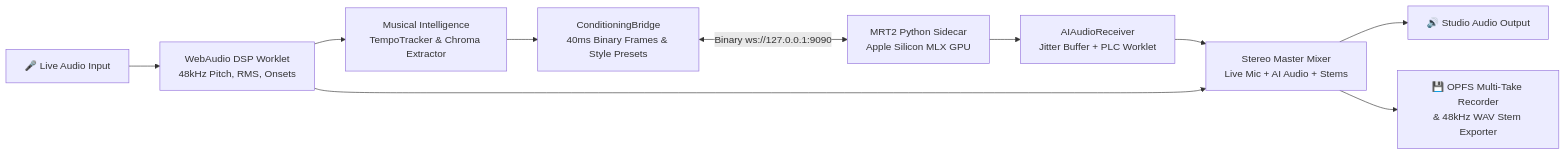
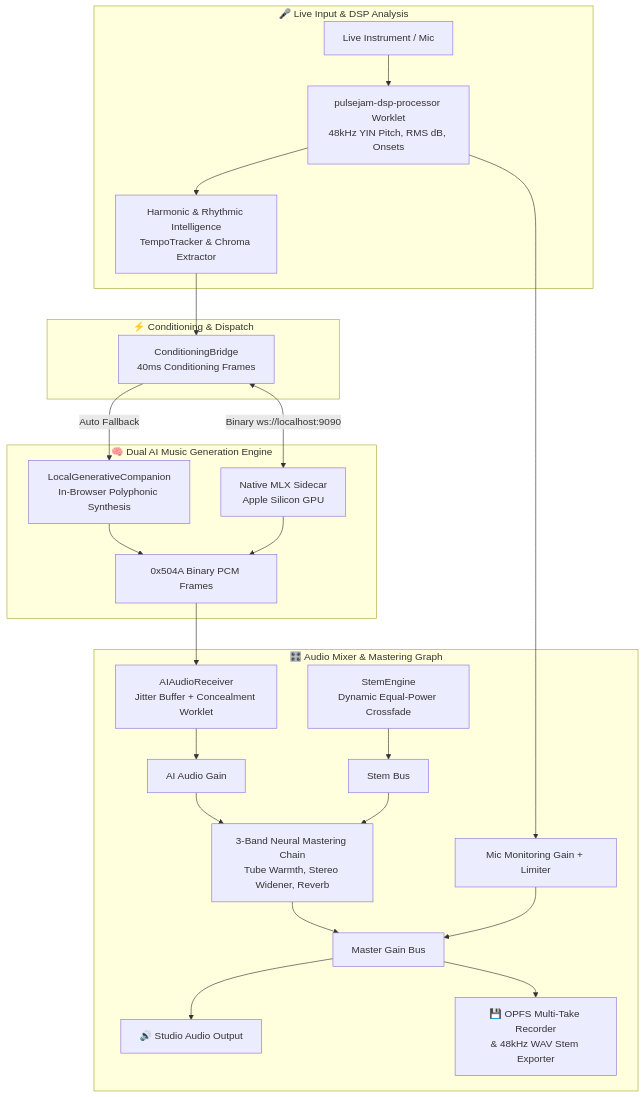
One commit to aaronnguyen26/pulsejam changed the diagram in README.md. Above: the diagram before and after it, drawn with Mermaid. The commit also changed other lines of this file and 3 other files, not shown here.

Commit message:
feat(app-release): verify simultaneous AI audio architecture, decouple web showcase from live studio, and update macOS DMG packaging

````diff
--- a/README.md
+++ b/README.md
@@ -37,12 +40,32 @@
 ```mermaid
-flowchart LR
-    Mic[🎤 Live Audio Input] --> WebAudio[WebAudio DSP Worklet\n48kHz Pitch, RMS, Onsets]
-    WebAudio --> Intelligence[Musical Intelligence\nTempoTracker & Chroma Extractor]
-    Intelligence --> Bridge[ConditioningBridge\n40ms Binary Frames & Style Presets]
-    Bridge <-->|Binary ws://127.0.0.1:9090| Sidecar[MRT2 Python Sidecar\nApple Silicon MLX GPU]
-    Sidecar --> Receiver[AIAudioReceiver\nJitter Buffer + PLC Worklet]
-    Receiver --> Mixer[Stereo Master Mixer\nLive Mic + AI Audio + Stems]
-    WebAudio --> Mixer
-    Mixer --> Output[🔊 Studio Audio Output]
-    Mixer --> OPFS[💾 OPFS Multi-Take Recorder\n& 48kHz WAV Stem Exporter]
+flowchart TD
+    subgraph Acoustic_Input["🎤 Live Input & DSP Analysis"]
+        Mic[Live Instrument / Mic] --> Worklet[pulsejam-dsp-processor Worklet\n48kHz YIN Pitch, RMS dB, Onsets]
+        Worklet --> Intelligence[Harmonic & Rhythmic Intelligence\nTempoTracker & Chroma Extractor]
+    end
+
+    subgraph Conditioning["⚡ Conditioning & Dispatch"]
+        Intelligence --> Bridge[ConditioningBridge\n40ms Conditioning Frames]
+    end
+
+    subgraph Dual_AI["🧠 Dual AI Music Generation Engine"]
+        Bridge -->|Auto Fallback| LocalGen[LocalGenerativeCompanion\nIn-Browser Polyphonic Synthesis]
+        Bridge <-->|Binary ws://localhost:9090| Sidecar[Native MLX Sidecar\nApple Silicon GPU]
+        LocalGen --> BinaryFrames[0x504A Binary PCM Frames]
+        Sidecar --> BinaryFrames
+    end
+
+    subgraph Audio_Pipeline["🎛️ Audio Mixer & Mastering Graph"]
+        BinaryFrames --> Receiver[AIAudioReceiver\nJitter Buffer + Concealment Worklet]
+        Receiver --> AIGain[AI Audio Gain]
+        Worklet --> LiveMon[Mic Monitoring Gain + Limiter]
+        Stems[StemEngine\nDynamic Equal-Power Crossfade] --> StemGain[Stem Bus]
+        
+        AIGain --> Mastering[3-Band Neural Mastering Chain\nTube Warmth, Stereo Widener, Reverb]
+        StemGain --> Mastering
+        Mastering --> MasterGain[Master Gain Bus]
+        LiveMon --> MasterGain
+        MasterGain --> Output[🔊 Studio Audio Output]
+        MasterGain --> OPFS[💾 OPFS Multi-Take Recorder\n& 48kHz WAV Stem Exporter]
+    end
 ```
````
